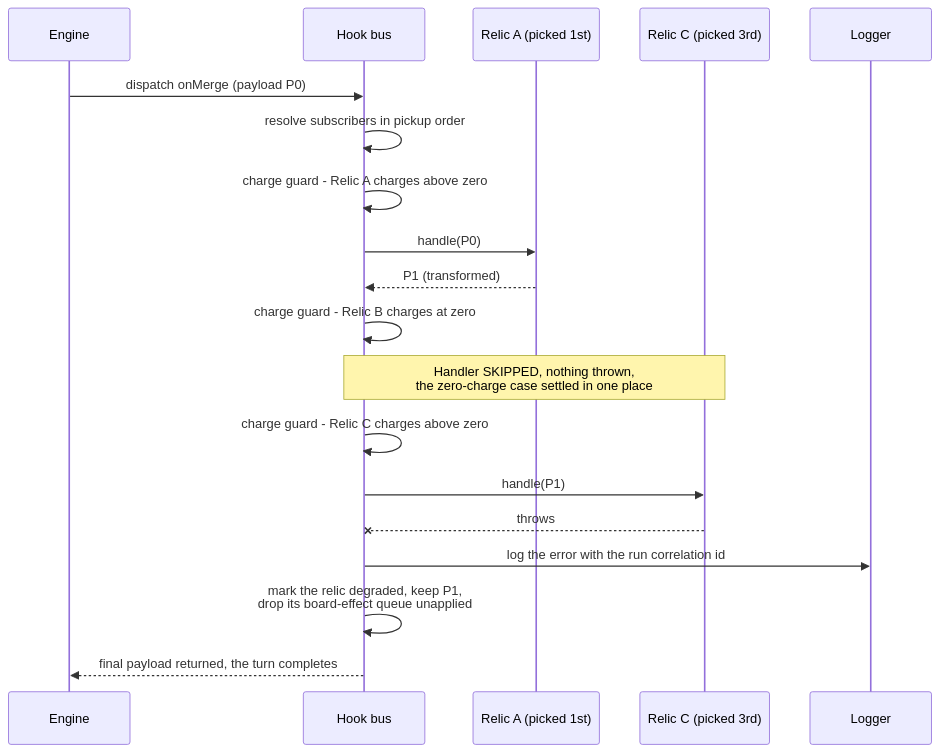
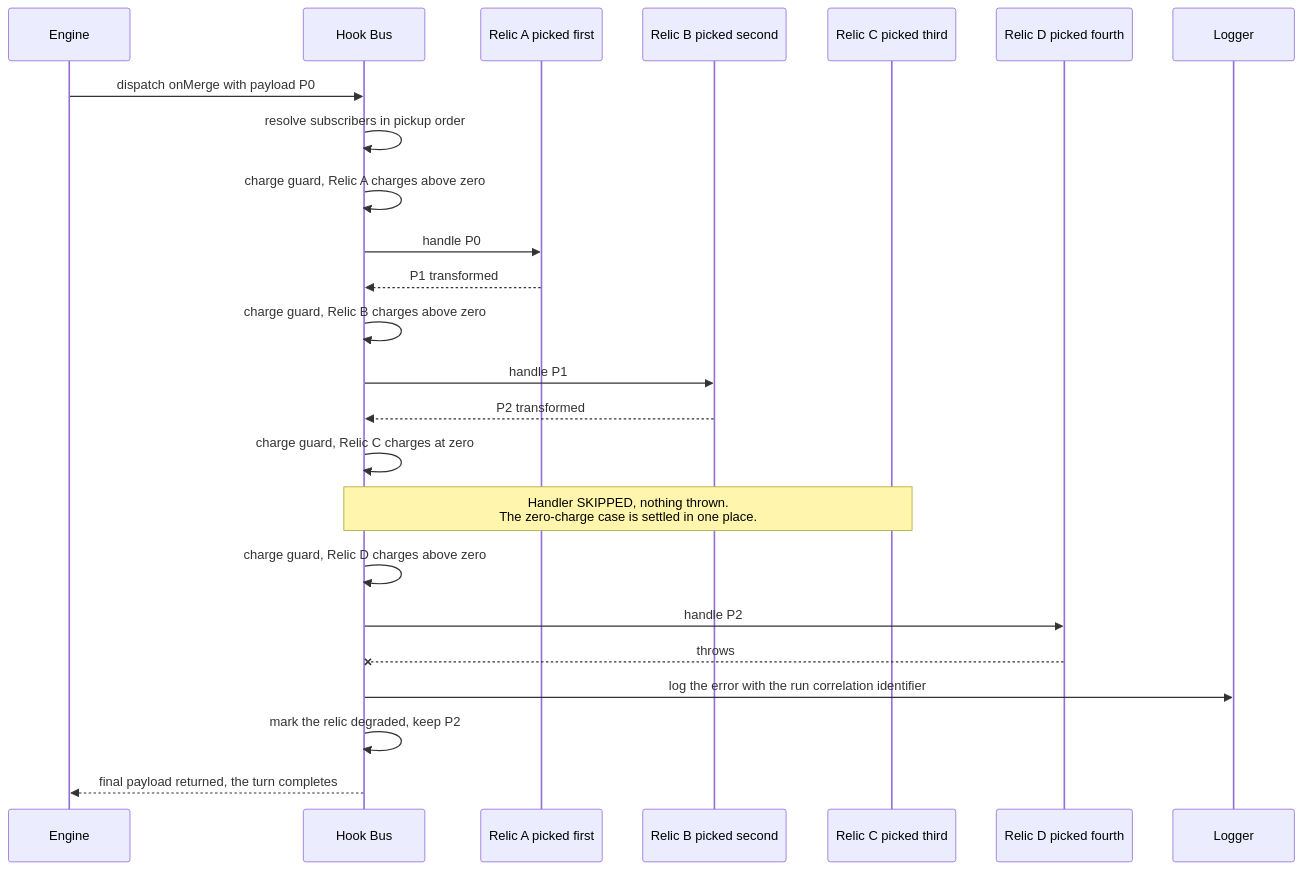
One commit to blitzy-public-samples/2048 changed the first of 3 diagrams in docs/architecture/hook-dispatch-sequence.md. Above: the diagram before and after it, drawn with Mermaid. The commit also changed other lines of this file and 13 other files, not shown here.

````diff
--- a/docs/architecture/hook-dispatch-sequence.md
+++ b/docs/architecture/hook-dispatch-sequence.md
@@ -38,21 +57,26 @@
 ```mermaid
 sequenceDiagram
-    participant E as Engine
-    participant B as Hook bus
-    participant R1 as Relic A (picked 1st)
-    participant R2 as Relic C (picked 3rd)
-    participant L as Logger
-    E->>B: dispatch onMerge (payload P0)
-    B->>B: resolve subscribers in pickup order
-    B->>B: charge guard - Relic A charges above zero
-    B->>R1: handle(P0)
-    R1-->>B: P1 (transformed)
-    B->>B: charge guard - Relic B charges at zero
-    Note over B,R2: Handler SKIPPED, nothing thrown,<br/>the zero-charge case settled in one place
-    B->>B: charge guard - Relic C charges above zero
-    B->>R2: handle(P1)
-    R2--xB: throws
-    B->>L: log the error with the run correlation id
-    B->>B: mark the relic degraded, keep P1,<br/>drop its board-effect queue unapplied
-    B-->>E: final payload returned, the turn completes
+  participant E as Engine
+  participant B as Hook Bus
+  participant R1 as Relic A picked first
+  participant R2 as Relic B picked second
+  participant R3 as Relic C picked third
+  participant R4 as Relic D picked fourth
+  participant L as Logger
+  E->>B: dispatch onMerge with payload P0
+  B->>B: resolve subscribers in pickup order
+  B->>B: charge guard, Relic A charges above zero
+  B->>R1: handle P0
+  R1-->>B: P1 transformed
+  B->>B: charge guard, Relic B charges above zero
+  B->>R2: handle P1
+  R2-->>B: P2 transformed
+  B->>B: charge guard, Relic C charges at zero
+  Note over B,R3: Handler SKIPPED, nothing thrown.<br/>The zero-charge case is settled in one place.
+  B->>B: charge guard, Relic D charges above zero
+  B->>R4: handle P2
+  R4--xB: throws
+  B->>L: log the error with the run correlation identifier
+  B->>B: mark the relic degraded, keep P2
+  B-->>E: final payload returned, the turn completes
 ```
````
